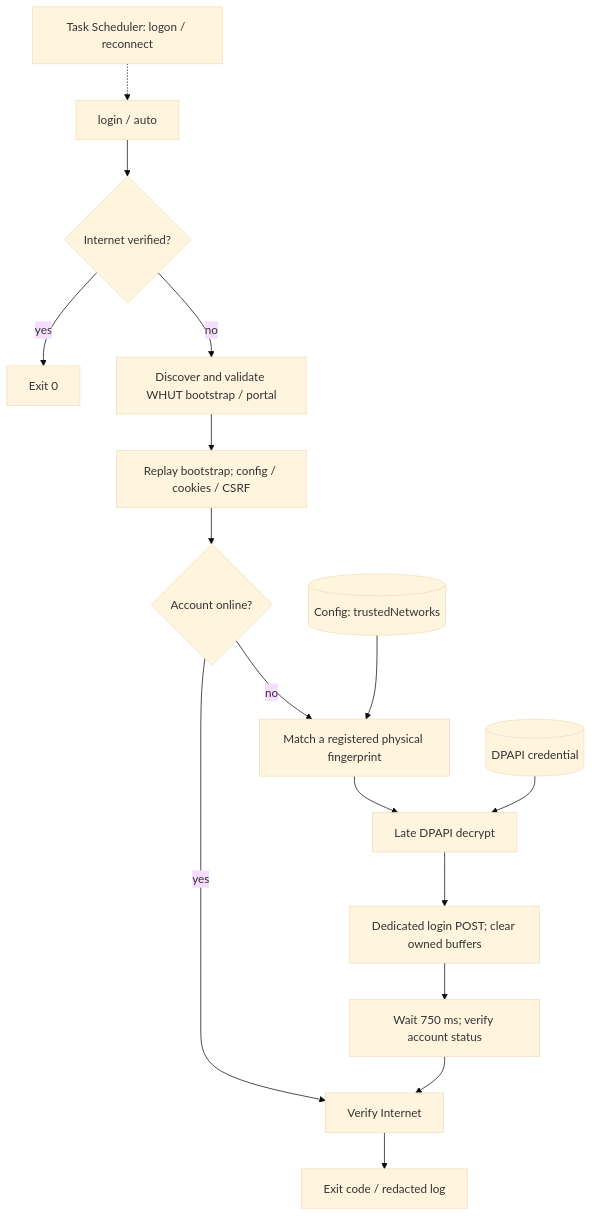
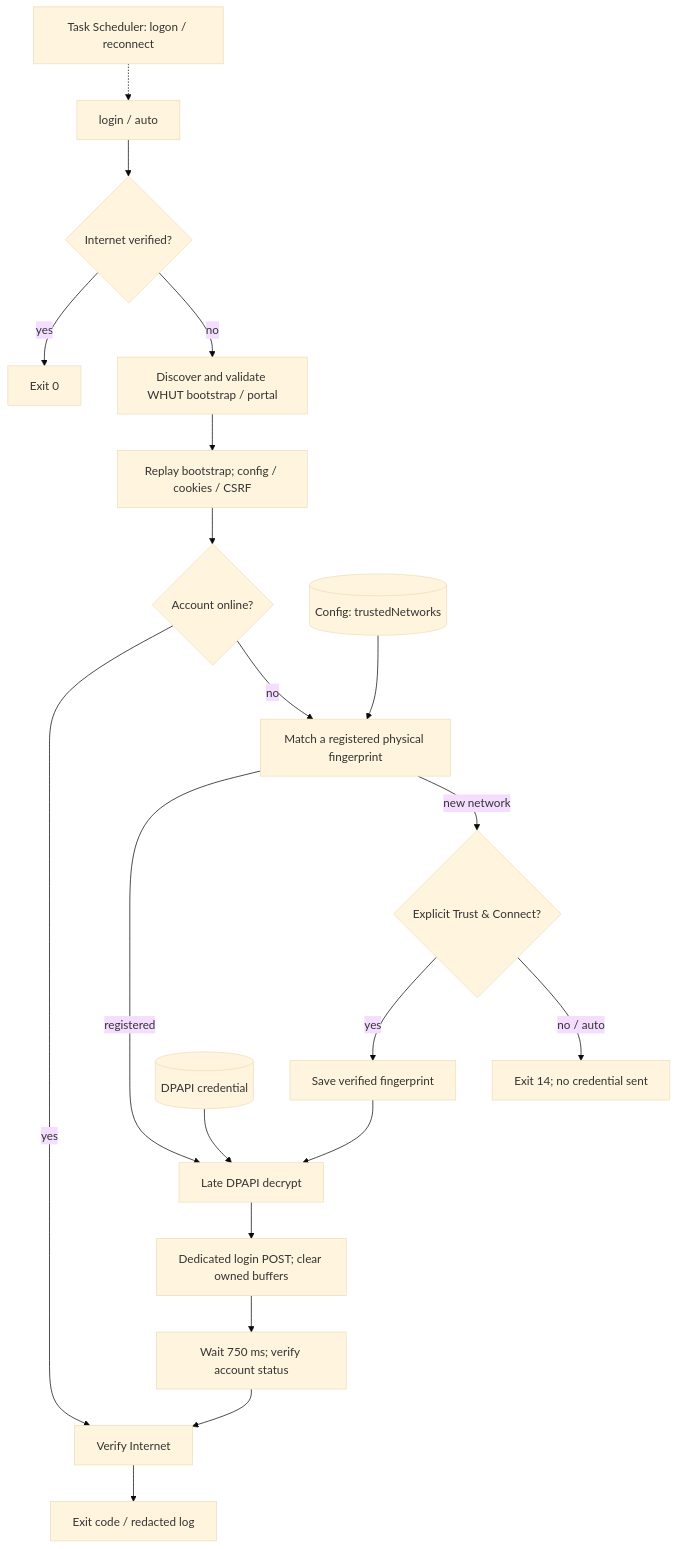
The diagram in README.md (styayur/wutnet), drawn with Mermaid (base theme) before and after one commit. The commit also changed other lines of this file and 25 other files, not shown here.

````diff
--- a/README.md
+++ b/README.md
@@ -161,17 +169,21 @@
 ```mermaid
 flowchart TD
   Start[login / auto] --> Probe{Internet verified?}
   Probe -->|yes| Done[Exit 0]
   Probe -->|no| Portal[Discover and validate WHUT bootstrap / portal]
   Portal --> Session[Replay bootstrap; config / cookies / CSRF]
   Session --> Status{Account online?}
   Status -->|yes| Verify[Verify Internet]
   Status -->|no| Trust[Match a registered physical fingerprint]
   Config[(Config: trustedNetworks)] --> Trust
-  Trust --> Decrypt[Late DPAPI decrypt]
+  Trust -->|registered| Decrypt[Late DPAPI decrypt]
+  Trust -->|new network| Approval{Explicit Trust & Connect?}
+  Approval -->|yes| Register[Save verified fingerprint]
+  Register --> Decrypt
+  Approval -->|no / auto| Refuse[Exit 14; no credential sent]
   Store[(DPAPI credential)] --> Decrypt
   Decrypt --> Login[Dedicated login POST; clear owned buffers]
   Login --> Check[Wait 750 ms; verify account status]
   Check --> Verify --> Result[Exit code / redacted log]
   Scheduler[Task Scheduler: logon / reconnect] -.-> Start
 ```
````
